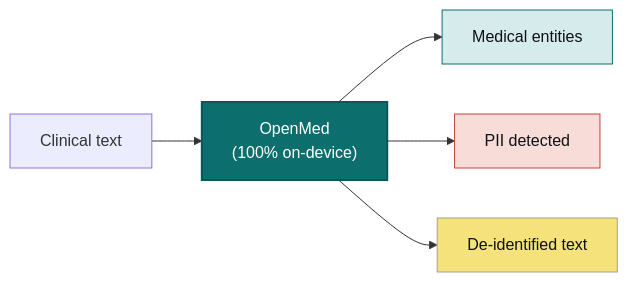
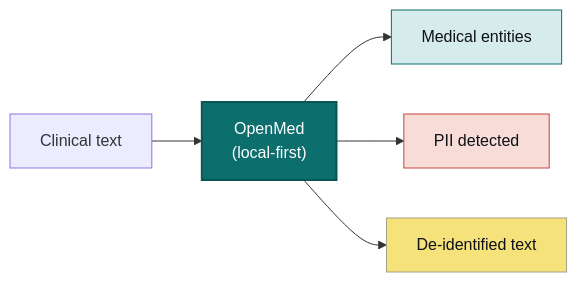
Before and after one commit to maziyarpanahi/openmed: the diagram in README.hi.md, drawn with Mermaid. The commit also changed other lines of this file, not shown here.

````diff
--- a/README.hi.md
+++ b/README.hi.md
@@ -239,11 +223,11 @@
 ```mermaid
 flowchart LR
-    A["Clinical text"] --> B["OpenMed<br/>(100% on-device)"]
+    A["Clinical text"] --> B["OpenMed<br/>(local-first)"]
     B --> C["Medical entities"]
     B --> D["PII detected"]
     B --> E["De-identified text"]
     style B fill:#0D6E6E,stroke:#0A5656,stroke-width:2px,color:#ffffff
     style C fill:#D6EBEB,stroke:#0D6E6E,color:#0E1116
     style D fill:#F7DCD8,stroke:#C5453A,color:#0E1116
     style E fill:#F5E27A,stroke:#A9A088,color:#0E1116
 ```
````
